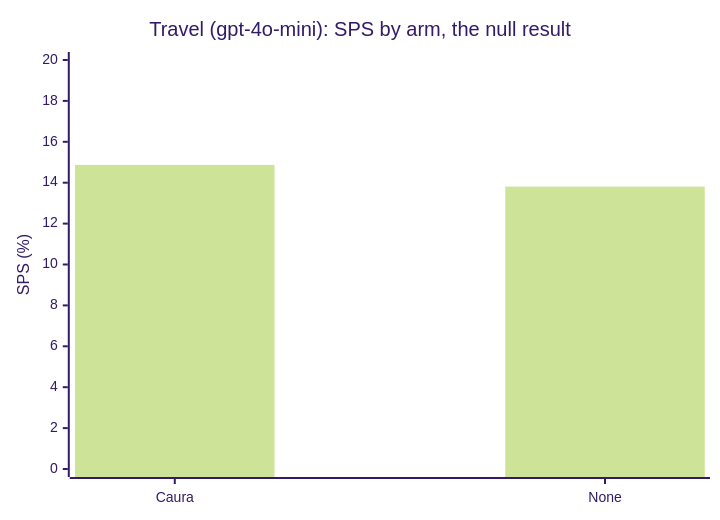
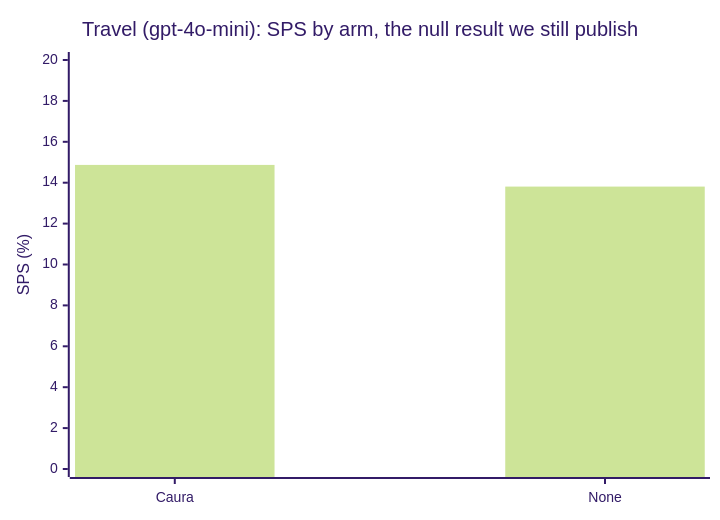
One commit to Infrasity-Labs/memclaw-benchmarks changed the fourth of 4 diagrams in README.md. Above: the diagram before and after it, drawn with Mermaid (forest theme). The commit also changed other lines of this file and 1 other file, not shown here.

````diff
--- a/README.md
+++ b/README.md
@@ -67,7 +110,7 @@
 ```mermaid
 xychart-beta
-    title "Travel (gpt-4o-mini): SPS by arm, the null result"
+    title "Travel (gpt-4o-mini): SPS by arm, the null result we still publish"
     x-axis ["Caura", "None"]
     y-axis "SPS (%)" 0 --> 20
     bar [14.87, 13.81]
 ```
````
